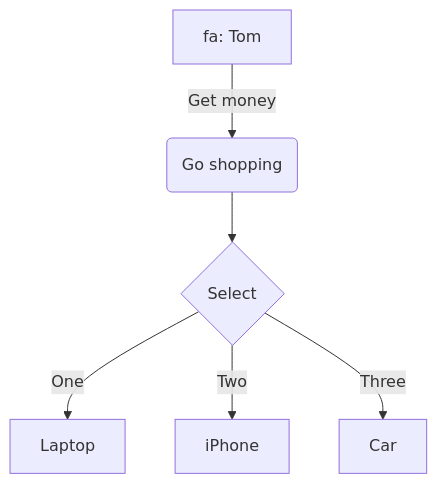
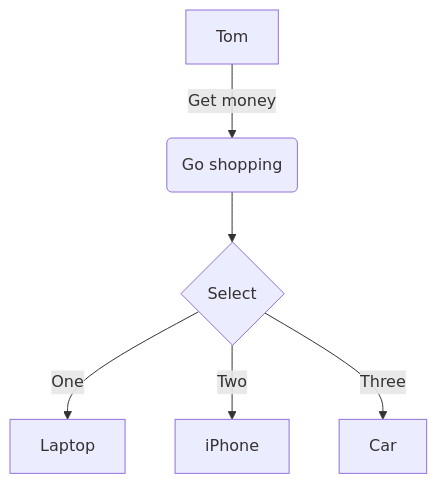
The diagram in all/未命名.md (Utekichan/iodraw-files), drawn with Mermaid before and after one commit.

Commit message:
2024-03-30 21:58:11 update

````diff
--- a/all/未命名.md
+++ b/all/未命名.md
@@ -1,9 +1,9 @@
 ```mermaid
 graph TD
-    A[fa: Tom] -->|Get money| B(Go shopping)
+    A[Tom] -->|Get money| B(Go shopping)
     B --> C{Select}
     C -->|One| D[Laptop]
     C -->|Two| E[iPhone]
     C -->|Three| F[Car]
   
 ```
````
